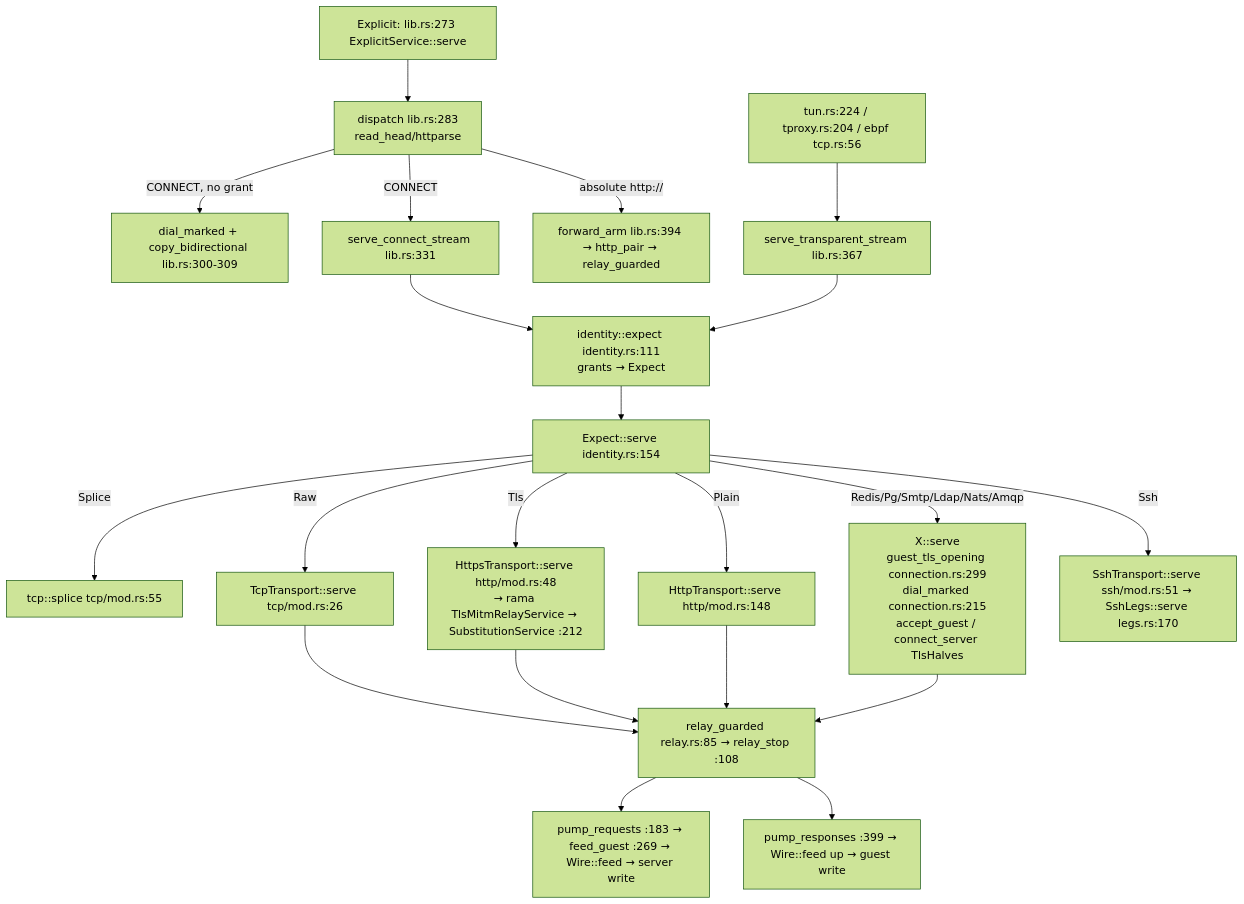
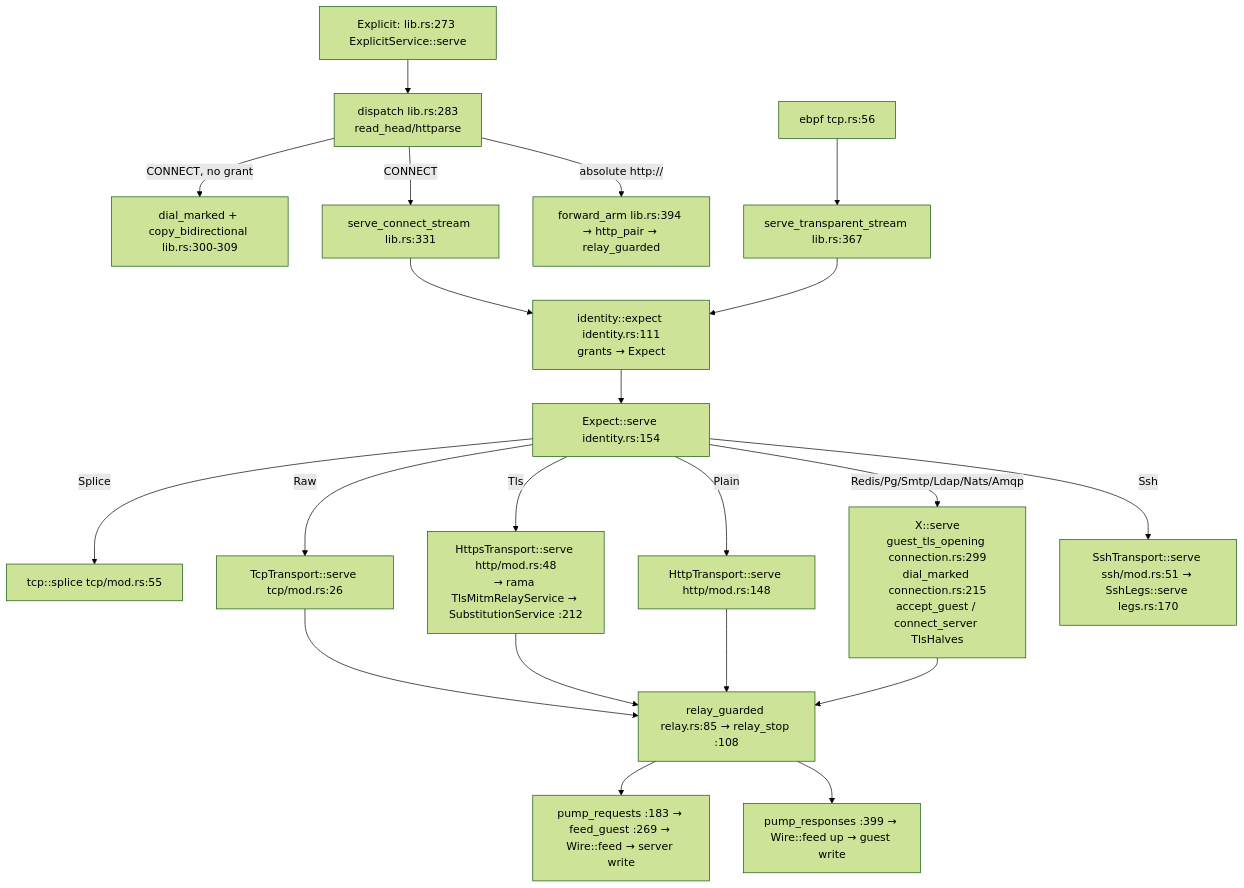
Before and after one commit to lotsaai/arkham: the first of 2 diagrams in docs/engineering/architecture-map.md, drawn with Mermaid (forest theme). The commit also changed other lines of this file and 69 other files, not shown here.

````diff
--- a/docs/engineering/architecture-map.md
+++ b/docs/engineering/architecture-map.md
@@ -212,23 +210,23 @@
 ```mermaid
 flowchart TD
   A[Explicit: lib.rs:273 ExplicitService::serve] --> B[dispatch lib.rs:283<br/>read_head/httparse]
   B -->|CONNECT, no grant| SP[dial_marked + copy_bidirectional lib.rs:300-309]
   B -->|CONNECT| C[serve_connect_stream lib.rs:331]
   B -->|absolute http://| F[forward_arm lib.rs:394 → http_pair → relay_guarded]
-  T[tun.rs:224 / tproxy.rs:204 / ebpf tcp.rs:56] --> D[serve_transparent_stream lib.rs:367]
+  T[ebpf tcp.rs:56] --> D[serve_transparent_stream lib.rs:367]
   C --> E[identity::expect identity.rs:111<br/>grants → Expect]
   D --> E
   E --> S[Expect::serve identity.rs:154]
   S -->|Splice| SPL[tcp::splice tcp/mod.rs:55]
   S -->|Raw| TCP[TcpTransport::serve tcp/mod.rs:26]
   S -->|Tls| HS[HttpsTransport::serve http/mod.rs:48<br/>→ rama TlsMitmRelayService → SubstitutionService :212]
   S -->|Plain| HT[HttpTransport::serve http/mod.rs:148]
   S -->|Redis/Pg/Smtp/Ldap/Nats/Amqp| P[X::serve<br/>guest_tls_opening connection.rs:299<br/>dial_marked connection.rs:215<br/>accept_guest / connect_server TlsHalves]
   S -->|Ssh| SSH[SshTransport::serve ssh/mod.rs:51 → SshLegs::serve legs.rs:170]
   TCP --> R[relay_guarded relay.rs:85 → relay_stop :108]
   HS --> R
   HT --> R
   P --> R
   R --> PQ[pump_requests :183 → feed_guest :269 → Wire::feed → server write]
   R --> PR[pump_responses :399 → Wire::feed up → guest write]
 ```
````
